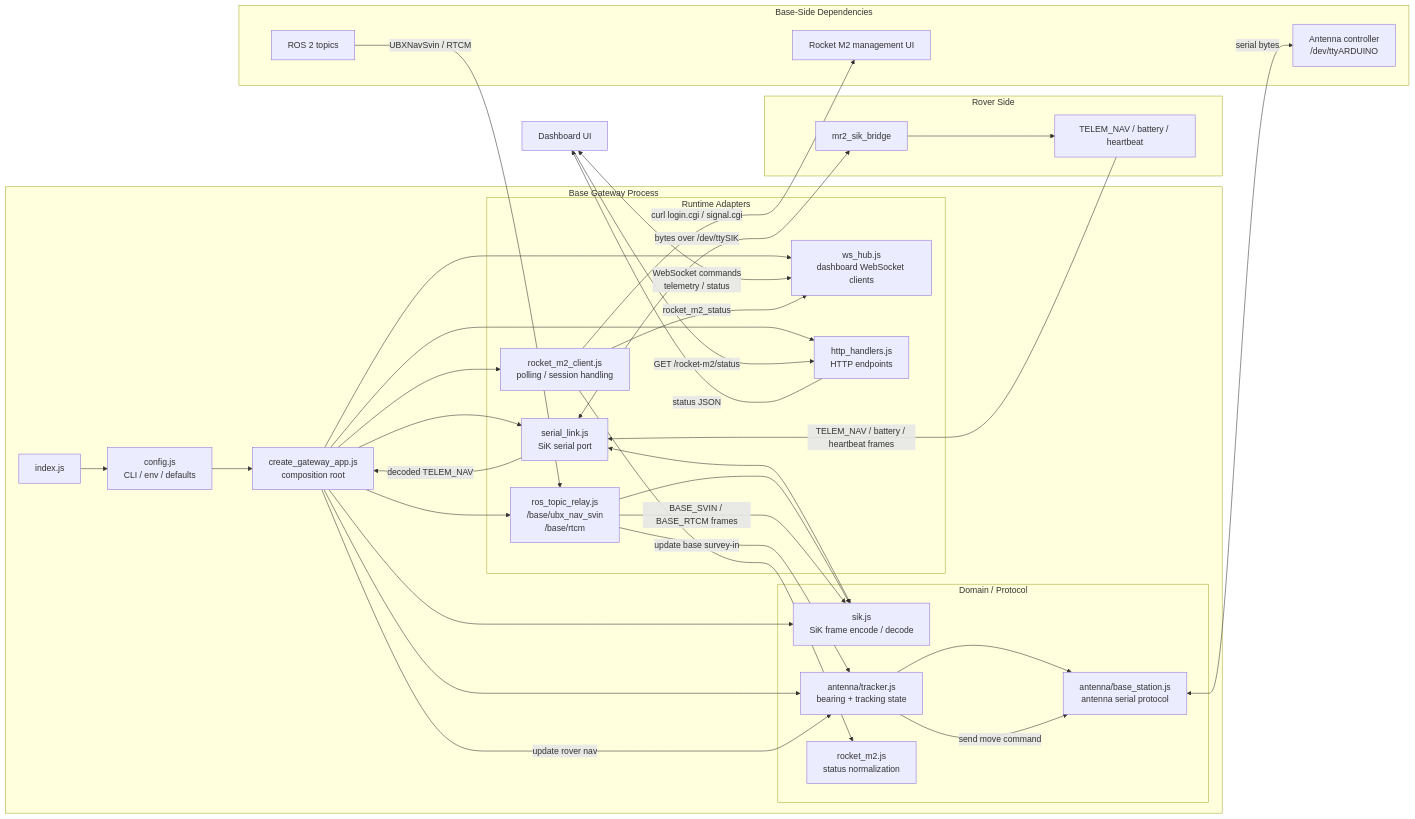
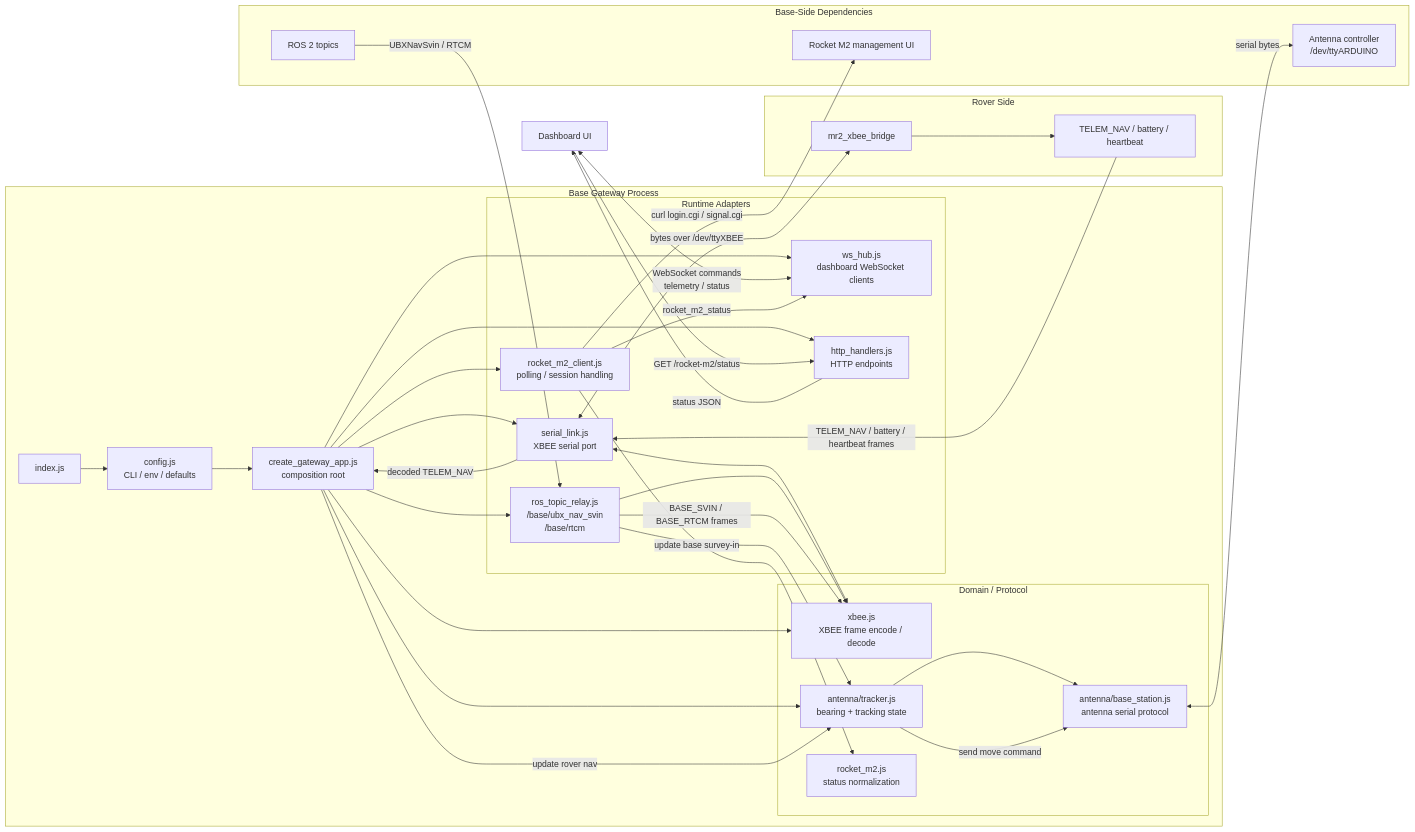
One commit to URC-kaist/ros2_ws changed the diagram in base/gateway/README.md. Above: the diagram before and after it, drawn with Mermaid. The commit also changed other lines of this file and 59 other files, not shown here.

````diff
--- a/base/gateway/README.md
+++ b/base/gateway/README.md
@@ -21,71 +21,71 @@
 ```mermaid
 flowchart LR
   dashboard[Dashboard UI]
 
   subgraph gateway_pkg[Base Gateway Process]
     entry[index.js]
     config[config.js<br/>CLI / env / defaults]
     app[create_gateway_app.js<br/>composition root]
 
     subgraph runtime[Runtime Adapters]
       wshub[ws_hub.js<br/>dashboard WebSocket clients]
       http[http_handlers.js<br/>HTTP endpoints]
-      serial[serial_link.js<br/>SiK serial port]
+      serial[serial_link.js<br/>XBEE serial port]
       relay[ros_topic_relay.js<br/>/base/ubx_nav_svin<br/>/base/rtcm]
       rocket_client[rocket_m2_client.js<br/>polling / session handling]
     end
 
     subgraph domain[Domain / Protocol]
-      sik[sik.js<br/>SiK frame encode / decode]
+      xbee[xbee.js<br/>XBEE frame encode / decode]
       tracker[antenna/tracker.js<br/>bearing + tracking state]
       antenna_proto[antenna/base_station.js<br/>antenna serial protocol]
       rocket_parse[rocket_m2.js<br/>status normalization]
     end
   end
 
   subgraph rover_side[Rover Side]
-    rover_bridge[mr2_sik_bridge]
+    rover_bridge[mr2_xbee_bridge]
     rover_nav[TELEM_NAV / battery / heartbeat]
   end
 
   subgraph base_side[Base-Side Dependencies]
     ros_topics[ROS 2 topics]
     antenna_hw[Antenna controller<br/>/dev/ttyARDUINO]
     rocket_hw[Rocket M2 management UI]
   end
 
   entry --> config
   config --> app
   app --> wshub
   app --> http
   app --> serial
   app --> relay
   app --> tracker
   app --> rocket_client
 
-  serial <--> sik
-  relay --> sik
-  app --> sik
+  serial <--> xbee
+  relay --> xbee
+  app --> xbee
   rocket_client --> rocket_parse
   tracker --> antenna_proto
 
   dashboard <-->|WebSocket commands<br/>telemetry / status| wshub
   dashboard -->|GET /rocket-m2/status| http
 
-  serial <-->|bytes over /dev/ttySIK| rover_bridge
+  serial <-->|bytes over /dev/ttyXBEE| rover_bridge
   rover_bridge --> rover_nav
   rover_nav -->|TELEM_NAV / battery / heartbeat frames| serial
 
   ros_topics -->|UBXNavSvin / RTCM| relay
-  relay -->|BASE_SVIN / BASE_RTCM frames| sik
+  relay -->|BASE_SVIN / BASE_RTCM frames| xbee
 
   serial -->|decoded TELEM_NAV| app
   app -->|update rover nav| tracker
   relay -->|update base survey-in| tracker
   tracker -->|send move command| antenna_proto
   antenna_proto <-->|serial bytes| antenna_hw
 
   rocket_client -->|curl login.cgi / signal.cgi| rocket_hw
   rocket_client -->|rocket_m2_status| wshub
   http -->|status JSON| dashboard
 ```
````
